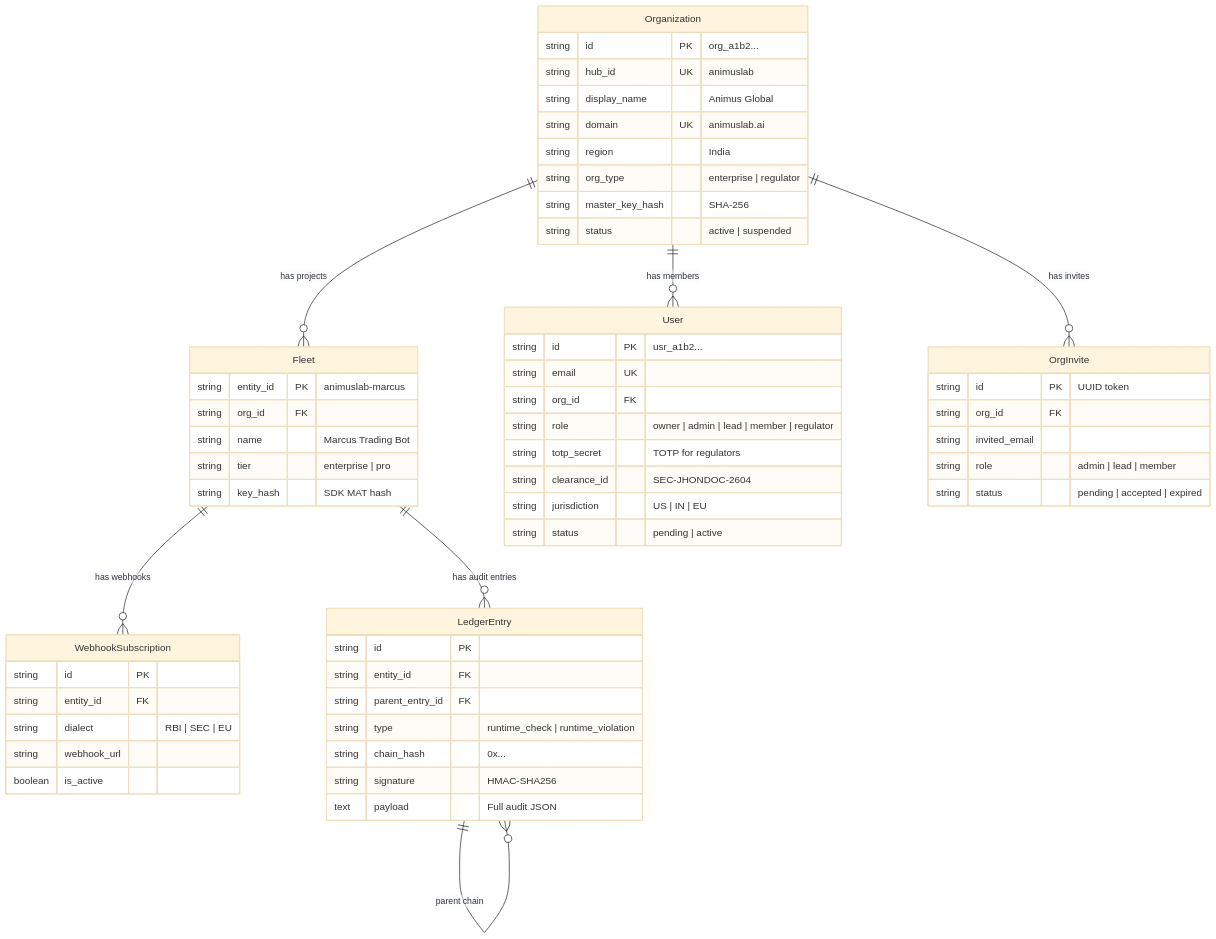
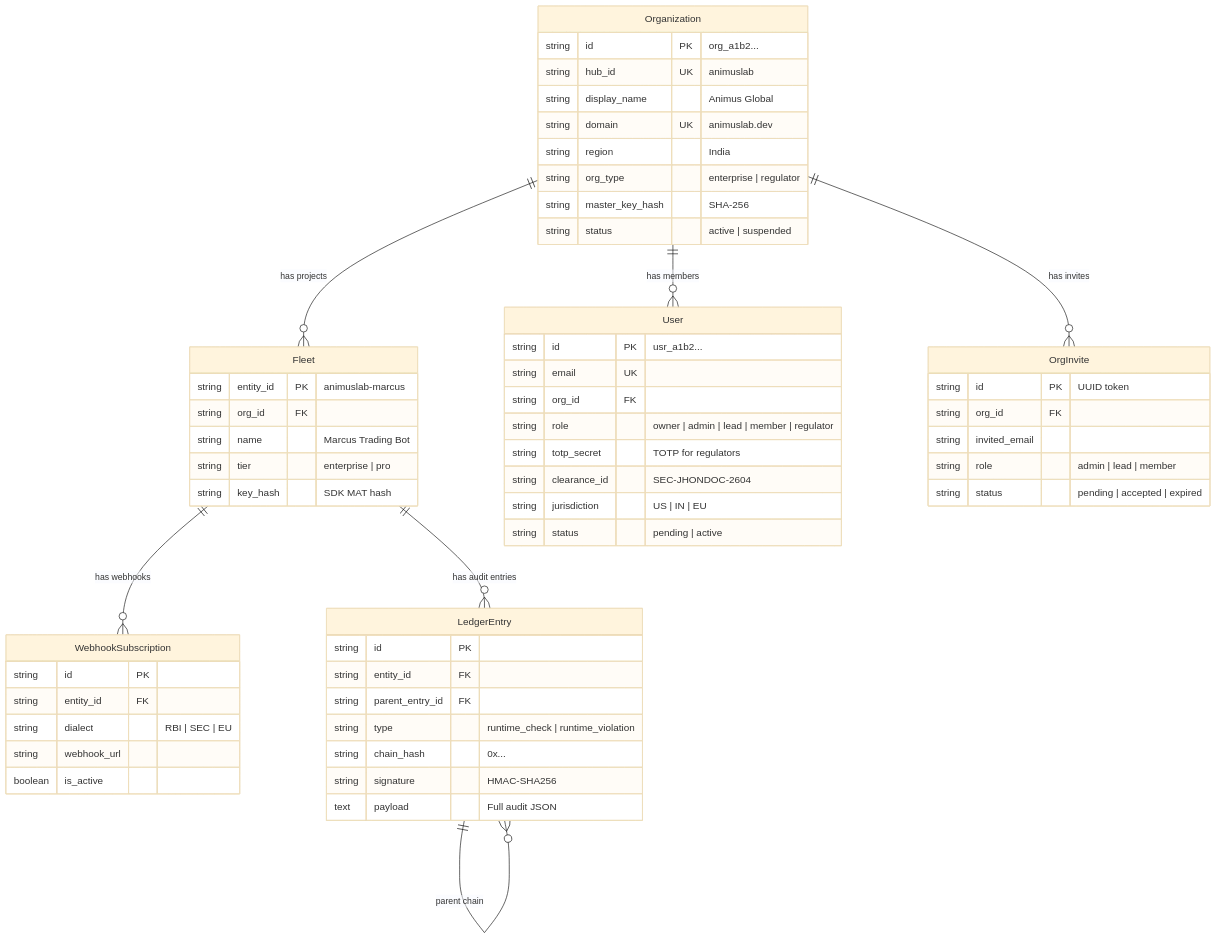
One commit to AnimusLab/Anchor changed the sixth of 8 diagrams in README.md. Above: the diagram before and after it, drawn with Mermaid (base theme). The commit also changed other lines of this file, not shown here.

Commit message:
docs: update README to v5.0.7 — fix URLs, add animuslab.dev backlinks, remove dead references

````diff
--- a/README.md
+++ b/README.md
@@ -324,65 +327,65 @@
 ```mermaid
 erDiagram
     Organization ||--o{ Fleet : "has projects"
     Organization ||--o{ User : "has members"
     Organization ||--o{ OrgInvite : "has invites"
     Fleet ||--o{ WebhookSubscription : "has webhooks"
     Fleet ||--o{ LedgerEntry : "has audit entries"
     LedgerEntry ||--o{ LedgerEntry : "parent chain"
 
     Organization {
         string id PK "org_a1b2..."
         string hub_id UK "animuslab"
         string display_name "Animus Global"
-        string domain UK "animuslab.ai"
+        string domain UK "animuslab.dev"
         string region "India"
         string org_type "enterprise | regulator"
         string master_key_hash "SHA-256"
         string status "active | suspended"
     }
 
     Fleet {
         string entity_id PK "animuslab-marcus"
         string org_id FK
         string name "Marcus Trading Bot"
         string tier "enterprise | pro"
         string key_hash "SDK MAT hash"
     }
 
     User {
         string id PK "usr_a1b2..."
         string email UK
         string org_id FK
         string role "owner | admin | lead | member | regulator"
         string totp_secret "TOTP for regulators"
         string clearance_id "SEC-JHONDOC-2604"
         string jurisdiction "US | IN | EU"
         string status "pending | active"
     }
 
     LedgerEntry {
         string id PK
         string entity_id FK
         string parent_entry_id FK
         string type "runtime_check | runtime_violation"
         string chain_hash "0x..."
         string signature "HMAC-SHA256"
         text payload "Full audit JSON"
     }
 
     WebhookSubscription {
         string id PK
         string entity_id FK
         string dialect "RBI | SEC | EU"
         string webhook_url
         boolean is_active
     }
 
     OrgInvite {
         string id PK "UUID token"
         string org_id FK
         string invited_email
         string role "admin | lead | member"
         string status "pending | accepted | expired"
     }
 ```
````
